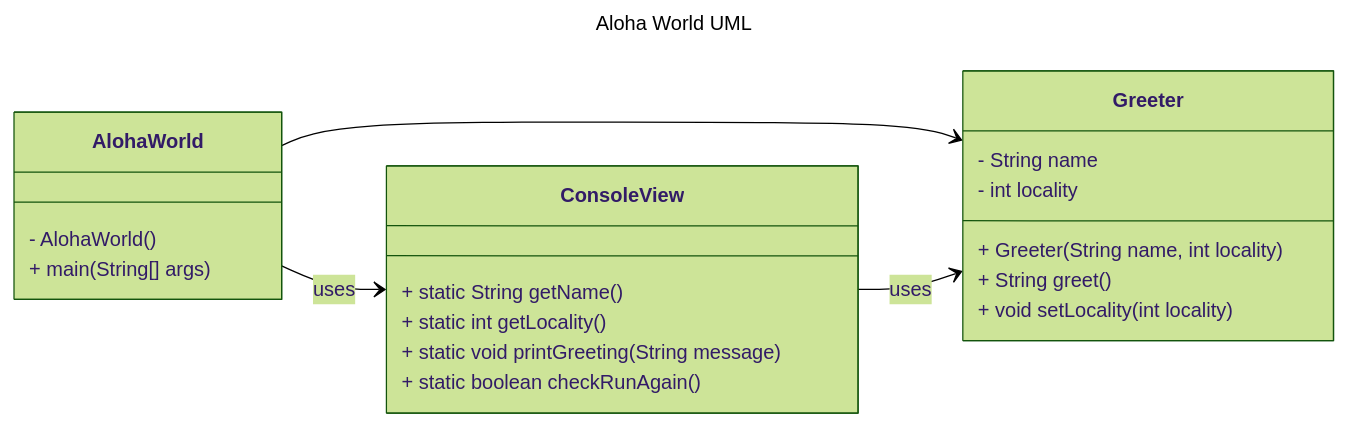
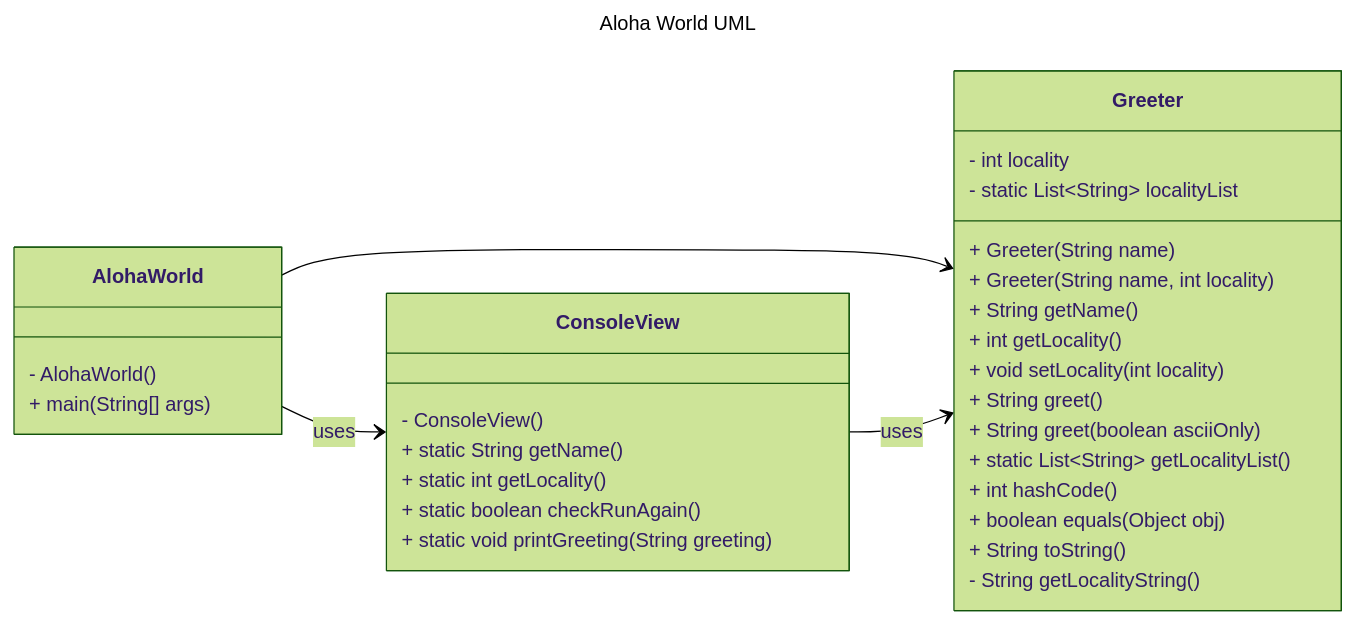
The diagram in Report.md (5004-SEA-Fa24-Geeng/hello-world-Eternity1824), drawn with Mermaid (forest theme) before and after one commit.

Commit message:
update the uml with class

````diff
--- a/Report.md
+++ b/Report.md
@@ -14,27 +14,38 @@
 ```mermaid
 ---
 title: Aloha World UML
 ---
 classDiagram
-    direction LR
-    AlohaWorld --> Greeter 
-    AlohaWorld --> ConsoleView : uses
-    ConsoleView --> Greeter : uses
-    class AlohaWorld {
-        - AlohaWorld()
-        + main(String[] args)
-    }
-    class Greeter {
-        - String name
-        - int locality
-        + Greeter(String name, int locality)
-        + String greet()
-        + void setLocality(int locality)
-    }
-    class ConsoleView {
-        + static String getName()
-        + static int getLocality()
-        + static void printGreeting(String message)
-        + static boolean checkRunAgain()
-    }
+   direction LR
+   AlohaWorld --> Greeter
+   AlohaWorld --> ConsoleView : uses
+   ConsoleView --> Greeter : uses
+   class AlohaWorld {
+      - AlohaWorld()
+      + main(String[] args)
+   }
+   class Greeter {
+      - int locality
+      - static List~String~ localityList
+      + Greeter(String name)
+      + Greeter(String name, int locality)
+      + String getName()
+      + int getLocality()
+      + void setLocality(int locality)
+      + String greet()
+      + String greet(boolean asciiOnly)
+      + static List~String~ getLocalityList()
+      + int hashCode()
+      + boolean equals(Object obj)
+      + String toString()
+      - String getLocalityString()
+   }
+   class ConsoleView {
+      - ConsoleView()
+      + static String getName()
+      + static int getLocality()
+      + static boolean checkRunAgain()
+      + static void printGreeting(String greeting)
+   }
+
 ```
````
